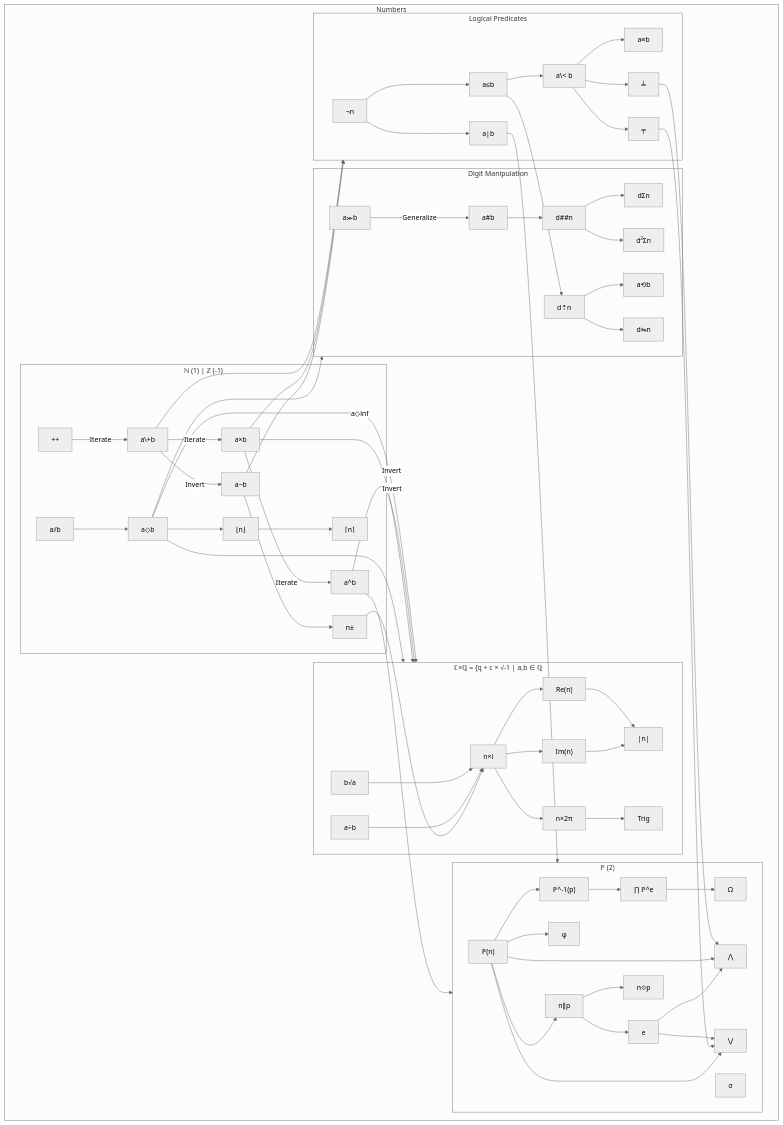
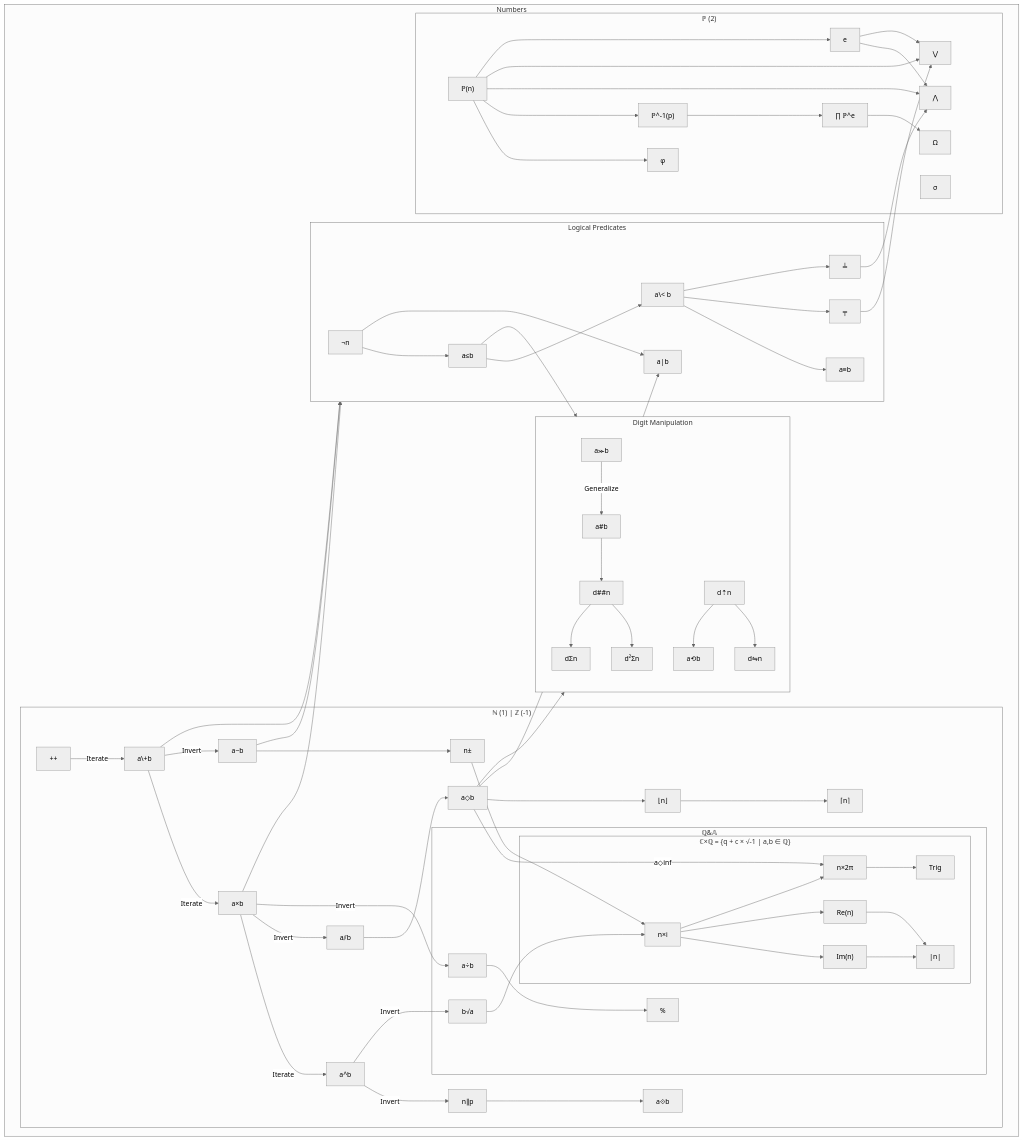
Before and after one commit to Gammapod/AutoCalc: the diagram in docs/design_refs/dependency_map.mmd, drawn with Mermaid (neutral theme). The commit also changed 30 other files, not shown here.

```diff
--- a/docs/design_refs/dependency_map.mmd
+++ b/docs/design_refs/dependency_map.mmd
@@ -1,160 +1,170 @@
 %% Truth 4: Keep
 
 flowchart TD
 
 subgraph Numbers ["Numbers"]
 
     subgraph Digits ["Digit Manipulation"]
     %% Currently a dead-end; could lead to more complex cycles
-        Rdig["a⪼b"]
+        Ddig["a⪼b"]
         %% Primitive, takes last b digits of a (respects base setting)
         %% Expanded form `[ a◇(10^b) ]`
         Ddigitn["a#b"]
         %% Expanded form `[ a⪼b - a⪼(b-1) ÷ 10^(b-1)) ]` <--- "10" changes respecting base
         Ddigsum["dΣn"]
         %% Expanded form `[ ..d#3 + d#2 + d#1 ] <--- as many entries as digits in operand (respecting current base)
         Ddigsq["d²Σn"]
         %% Expanded form `[ ..(d#2)^2 + (d#1)^2 ] <--- as many entries as digits in operand (respecting current base)
         Dsort["d⇡n"]
         Drotate["a⟲b"]
         Dcount["d##n"]
         Dmirror["d⇋n"]
 
-        Rdig -->|Generalize| Ddigitn
+        Ddig -->|Generalize| Ddigitn
         Ddigitn --> Dcount
         Dcount --> Ddigsum
         Dcount --> Ddigsq
         Dsort --> Drotate
         Dsort --> Dmirror
     end
-
-    subgraph ComplexAlgebra ["ℂ×ℚ = {q + c × √-1 | a,b ∈ ℚ"]
-        Ri["n×i"]
-        %% Primitive
-        %% Expanded form `[ × √-1 ]`
-        Rradian["n×2π"]
-        Rimag["Im(n)"]
-        %% Returns the imaginary component (`b` from `a + b×i`) from part of n, 0 possible
-        Rreal["Re(n)"]
-        %% Returns the non-imaginary component (`a` from `a + b×i`) from part of n, 0 possible
-        Rmodulus["|n|"]
-        %% Expanded form `[ √(Im^2 + Re^2) ]`
-        Rdiv["a÷b"]
-        Rradical["b√a"]
-        %% Might need a better notation format
-
-        Ri --> Rimag --> Rmodulus
-        Ri --> Rreal --> Rmodulus
-        Ri --> Rradian --> Trig
-    end
-
 
     subgraph Logic ["Logical Predicates"]
         Lnot["¬n"]
         %% Primitive
         Llte["a≤b"]
         %% Expanded form `[ ¬(a-b) ]
         Llt["a\< b"]
         %% Expanded form `[ (a≤b) × ¬(¬(a-b))]
         Ldiv["a|b"]
         %% Expanded form `[ ¬(a◇b) ]
         Leq["a≡b"]
         %% Expanded form `[ ¬((a<b) + (b<a)) ]
-        Umax["╧"]
+        Lmax["╧"]
         %% Expanded form `[ ((a<b)×b) + ¬((a≤b)×a) ]`
-        Umin["╤"]  
+        Lmin["╤"]  
         %% Expanded form `[ ((a<b)×a) + ¬((a≤b)×b) ]`
 
         Lnot --> Llte --> Llt
         Lnot --> Ldiv
         Llt --> Leq
-        Llt --> Umin
-        Llt --> Umax
-        Llte --> Dsort
+        Llt --> Lmin
+        Llt --> Lmax
     end
 
     subgraph Arithmetic ["ℕ (1) | ℤ (-1)"]
         Ainc["++"]
         %% Primitive
         Aminus["a−b"]
         Aplus["a\+b"]
         Amul["a×b"]
         Apow["a^b"]
         Aneg["n±"]
         Aeudiv["a⫽b"]
         %% Primitive
+        Apadic["n∥p"]
+        %% Primitive
         Amod["a◇b"]
-        %% Expanded form `[ (a÷b) - (a⫽b) ]`
+        %% Expanded form `[ a - (b×(a⫽b)) ]`
+        Ares["a⟐b"]
+        %% Expanded form `[ a ÷ b^(a∥b) ]` <--- I am not sure if I am pointing at anything coherent
+        %% Expanded form `[ 10 ÷ 2^(10∥2) ]`
+        %% Expanded form `[ 10 ÷ 2^(1) ]`
+        %% Expanded form `[ 10⟐2 = 5 ]` 
+        %% Expanded form `[ 15⟐2 = 15 ]` 
+        %% Expanded form `[ 15⟐4 = 15 ]` 
+        %% Expanded form `[ 20⟐4 = 5 ]` 
         Afloor["⌊n⌋"]
         %% Expanded form `[ a-a◇1 ]`
         Aceil["⌈n⌉"]
         %% Expanded form `[ ⌊n⌋++ ]`
 
-        Ainc -->|Iterate| Aplus
-        Aplus -->|Iterate| Amul
-        Amul -->|Iterate| Apow
+        Afloor --> Aceil
+        Amod --> Afloor
 
+        Ainc -->|Iterate| Aplus -->|Iterate| Amul -->|Iterate| Apow
 
         Aplus -->|Invert| Aminus
+        Amul -->|Invert| Aeudiv --> Amod
+        Apow -->|Invert| Apadic --> Ares
 
         Aminus --> Aneg
-        Afloor --> Aceil
-        Aeudiv --> Amod
-        Amod --> Afloor
+
+        subgraph Reduction ["ℚ&𝔸"]
+
+            Rdiv["a÷b"]
+            %% Expanded form `[ a × (1/b) ]
+            Rper["%"]
+            %% Expanded form `[ (a÷100) × b ]
+            Rradical["b√a"]
+            %% Might need a better operator glyph
+            %% Expanded form `[ a ^ (1/b)]
+
+            Rdiv --> Rper
+
+            subgraph ComplexAlgebra ["ℂ×ℚ = {q + c × √-1 | a,b ∈ ℚ}"]
+                Ciunit["n×i"]
+                %% Primitive
+                %% Expanded form `[ × √-1 ]`
+                Cradian["n×2π"]
+                Cimag["Im(n)"]
+                %% Returns the imaginary component (`b` from `a + b×i`) from part of n, 0 possible
+                Creal["Re(n)"]
+                %% Returns the non-imaginary component (`a` from `a + b×i`) from part of n, 0 possible
+                Cmodulus["|n|"]
+                %% Expanded form `[ √(Im^2 + Re^2) ]`
+
+                Ciunit --> Cimag --> Cmodulus
+                Ciunit --> Creal --> Cmodulus
+                Ciunit --> Cradian --> Trig
+            end
+            Rradical --> Ciunit
+        end
+        Amul -->|Invert| Rdiv
+        Apow -->|Invert| Rradical
+        Aneg --> Ciunit
+        Amod -->|a◇inf| Cradian
+        %% It's conceptual, just go with it for now
     end
 
     subgraph Theory ["ℙ (2)"]
     %% Has a lot of functions designed, but the way the user will interact with these is not planned yet
-        Tpadic["n∥p"]
-        %% Primitive
+
         Tntop["ℙ(n)"]
         %% Primitive
         %% Returns nth prime. ℙ(3) = 5
         Tpton["ℙ^-1(p)"]
         %% Returns index of prime p. ℙ^-1(5) = 3
         Texponent["e"]
         Tprime_expansion["∏ ℙ^e"]
         Tomega["Ω"]
         %% Expanded form `[ Σe_p ]`
         Ttotient["φ"]
         %% Expanded form `[ n × ∏(1-p^-1) ]`
         Tdivisor_sum["σ"]
         %% Expanded form `[ Σ( (d|n) × d) ]`
         Tgcd["⋀"]
         %% Expanded form `[ ∏p^(e_a ╤ e_b) ]`
         Tlcm["⋁"]
         %% Expanded form `[ ∏p^(e_a ╧ e_b) ]`
-        Tres["n⟐p"]
-        %% %% Expanded form `n⟐p -> n/(p^(n∥p))`
-        %% %% Expanded form `60⟐2=15 -> 60/(2^2)=15`
 
         Tntop --> Ttotient
 
         Tntop --> Tpton
         Tprime_expansion --> Tomega
         Tpton --> Tprime_expansion
         Texponent --> Tgcd
         Tntop --> Tgcd
-        Umax --> Tgcd
 
         Tntop --> Tlcm
-        Umin --> Tlcm
         Texponent --> Tlcm
-        Tntop --> Tpadic --> Texponent
-        Tpadic --> Tres
+        Tntop --> Texponent
     end
+Lmin --> Tlcm
+Lmax --> Tgcd
+Amod --> Ldiv
+Llte --> Digits
 Amod --> Digits
 Aminus --> Logic
 Amul --> Logic
 Aplus --> Logic
-Ldiv --> Theory
-Apow --> Theory
-Amod --> ComplexAlgebra
-Aneg --> Ri
-Rdiv --> Ri
-Rradical --> Ri
-Amul -->|Invert| ComplexAlgebra
-Apow -->|Invert| ComplexAlgebra
-Amod -->|a◇inf| ComplexAlgebra
-%% It's conceptual, just go with it for now
 end
```
